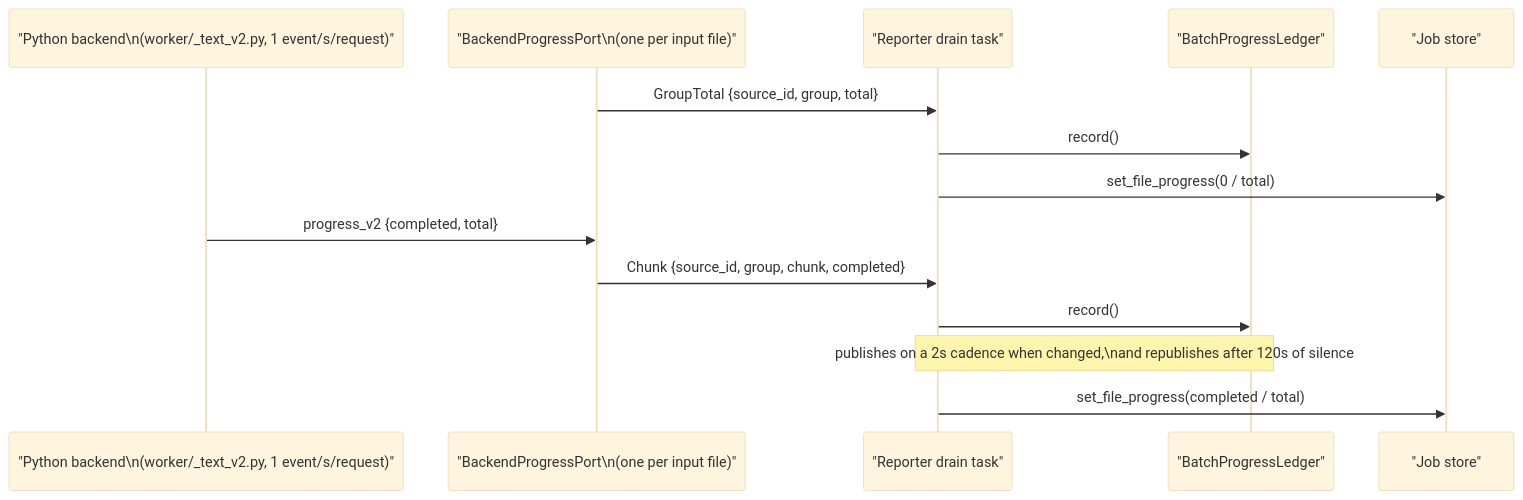
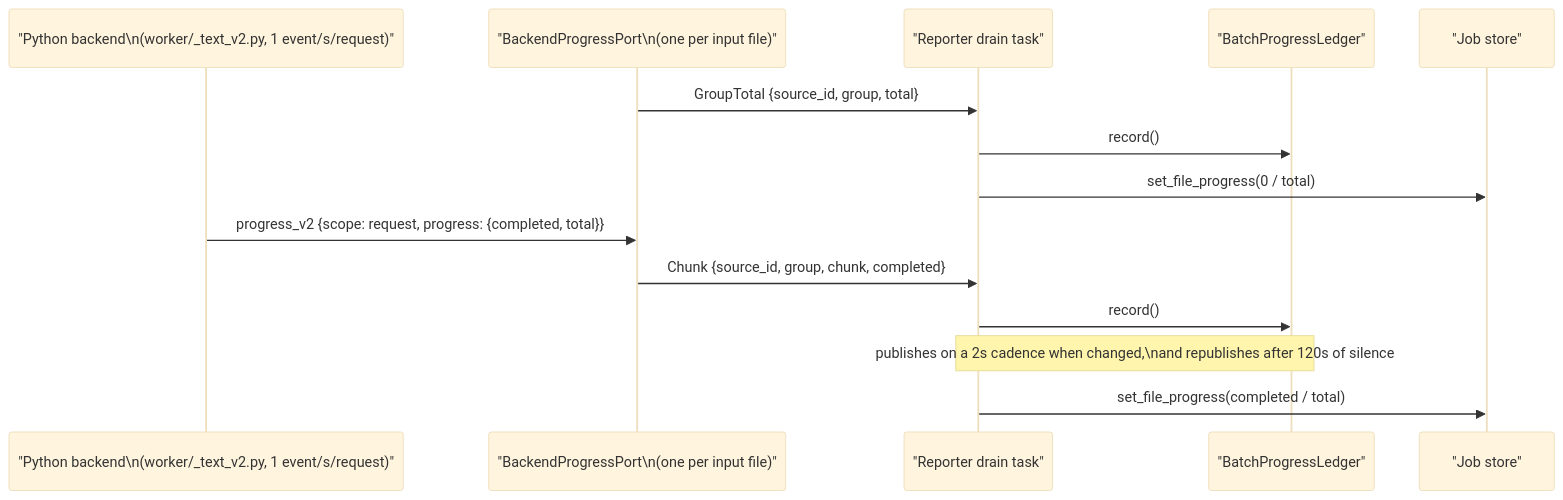
The seventh of 7 diagrams in book/src/batchalign/architecture/observability.md (FranklinChen/talkbank-tools), drawn with Mermaid (base theme) before and after one commit. The commit also changed other lines of this file and 523 other files, not shown here.

````diff
--- a/book/src/batchalign/architecture/observability.md
+++ b/book/src/batchalign/architecture/observability.md
@@ -569,17 +573,17 @@
 ```mermaid
 sequenceDiagram
     participant Py as "Python backend\n(worker/_text_v2.py, 1 event/s/request)"
     participant Port as "BackendProgressPort\n(one per input file)"
     participant Drain as "Reporter drain task"
     participant Ledger as "BatchProgressLedger"
     participant Store as "Job store"
 
     Port->>Drain: GroupTotal {source_id, group, total}
     Drain->>Ledger: record()
     Drain->>Store: set_file_progress(0 / total)
-    Py->>Port: progress_v2 {completed, total}
+    Py->>Port: progress_v2 {scope: request, progress: {completed, total}}
     Port->>Drain: Chunk {source_id, group, chunk, completed}
     Drain->>Ledger: record()
     Note over Drain,Ledger: publishes on a 2s cadence when changed,\nand republishes after 120s of silence
     Drain->>Store: set_file_progress(completed / total)
 ```
````
